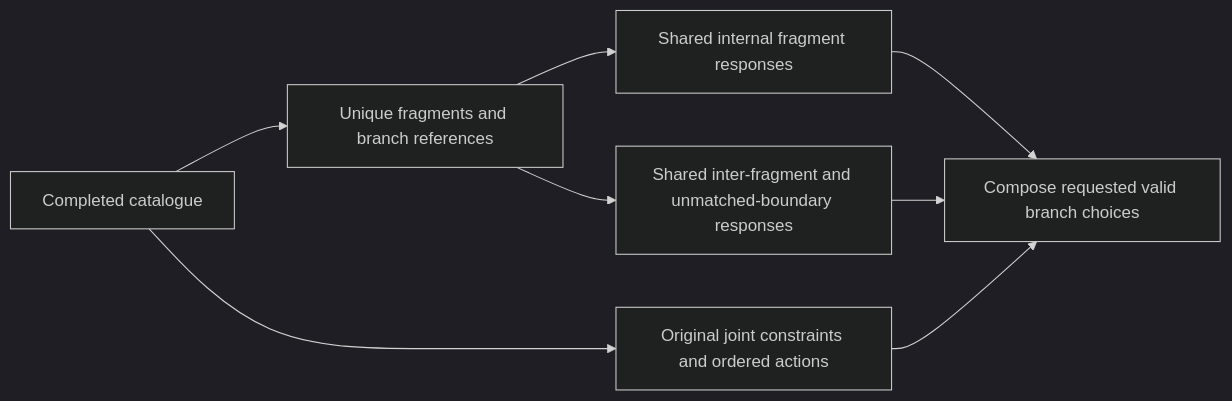
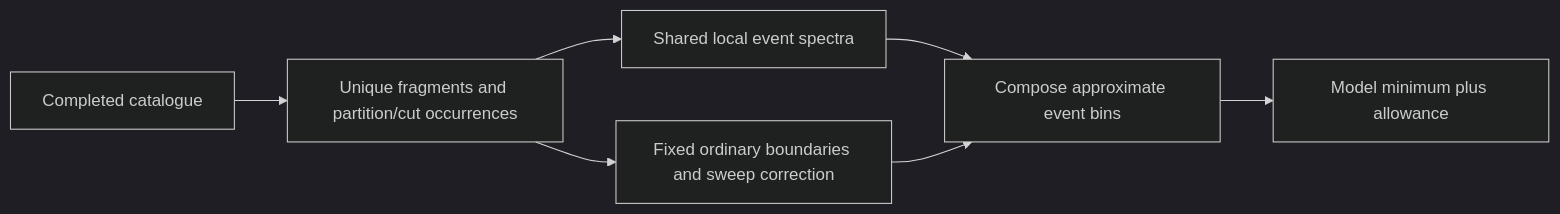
Before and after one commit to yunhzou/MAPPA-AAM: the fifth of 6 diagrams in design.md, drawn with Mermaid (dark theme). The commit also changed other lines of this file and 43 other files, not shown here.

Commit message:
Decode independent fragment event bins with bounded sweep windows

````diff
--- a/design.md
+++ b/design.md
@@ -375,10 +376,9 @@
 ```mermaid
 flowchart LR
-    Catalogue[Completed catalogue] --> Inventory[Unique fragments and branch references]
-    Inventory --> Internal[Shared internal fragment responses]
-    Inventory --> Boundary[Shared inter-fragment and unmatched-boundary responses]
-    Internal --> Compose[Compose requested valid branch choices]
+    Catalogue[Completed catalogue] --> Inventory[Unique fragments and partition/cut occurrences]
+    Inventory --> Internal[Shared local event spectra]
+    Inventory --> Boundary[Fixed ordinary boundaries and sweep correction]
+    Internal --> Compose[Compose approximate event bins]
     Boundary --> Compose
-    Catalogue --> Constraints[Original joint constraints and ordered actions]
-    Constraints --> Compose
+    Compose --> Window[Model minimum plus allowance]
 ```
````
